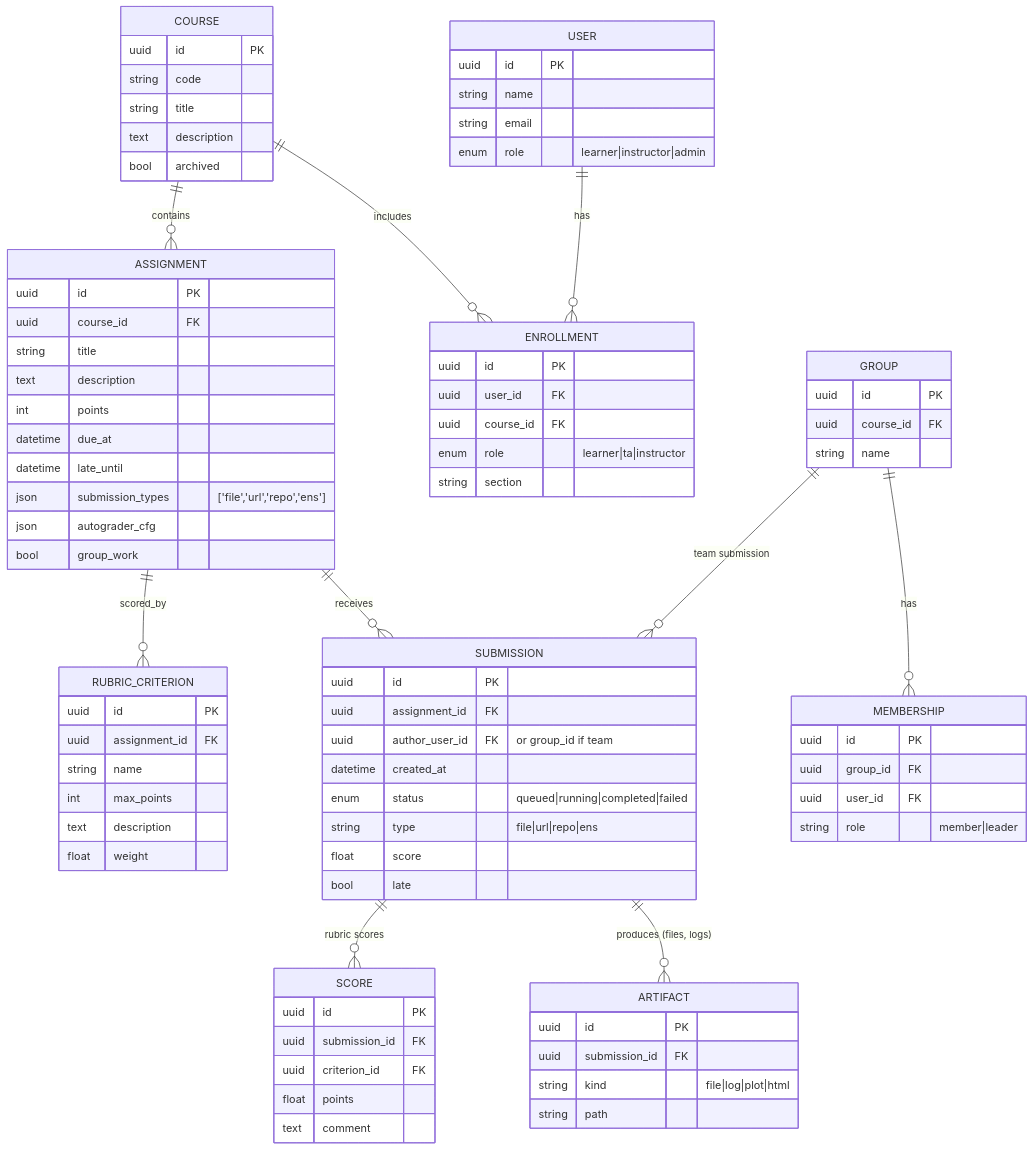
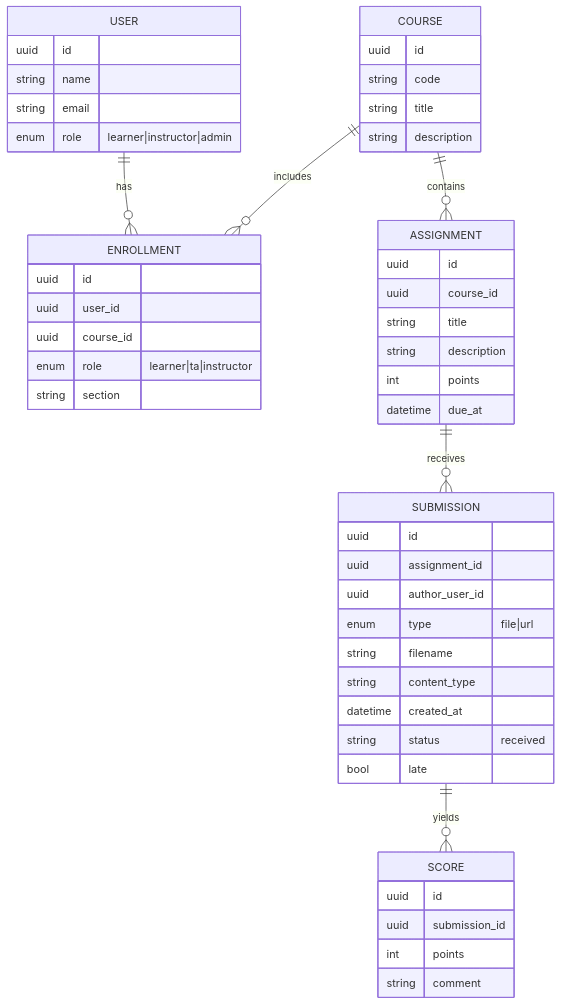
The diagram in apps/docs/public/data-model.md (bzlatin/f25-cisc474-individual), drawn with Mermaid before and after one commit. The commit also changed other lines of this file and 4 other files, not shown here.

````diff
--- a/apps/docs/public/data-model.md
+++ b/apps/docs/public/data-model.md
@@ -3,96 +3,58 @@
 ```mermaid
 erDiagram
-    USER ||--o{ ENROLLMENT : has
-    COURSE ||--o{ ENROLLMENT : includes
-    COURSE ||--o{ ASSIGNMENT : contains
-    ASSIGNMENT ||--o{ SUBMISSION : receives
-    SUBMISSION ||--o{ ARTIFACT : "produces (files, logs)"
-    ASSIGNMENT ||--o{ RUBRIC_CRITERION : scored_by
-    SUBMISSION ||--o{ SCORE : "rubric scores"
-    GROUP ||--o{ MEMBERSHIP : has
-    GROUP ||--o{ SUBMISSION : "team submission"
+  USER ||--o{ ENROLLMENT : has
+  COURSE ||--o{ ENROLLMENT : includes
+  COURSE ||--o{ ASSIGNMENT : contains
+  ASSIGNMENT ||--o{ SUBMISSION : receives
+  SUBMISSION ||--o{ SCORE : yields
 
-    USER {
-      uuid id PK
-      string name
-      string email
-      enum role  "learner|instructor|admin"
-    }
+  USER {
+    uuid id
+    string name
+    string email
+    enum role "learner|instructor|admin"
+  }
 
-    COURSE {
-      uuid id PK
-      string code
-      string title
-      text description
-      bool archived
-    }
+  COURSE {
+    uuid id
+    string code
+    string title
+    string description
+  }
 
-    ENROLLMENT {
-      uuid id PK
-      uuid user_id FK
-      uuid course_id FK
-      enum role "learner|ta|instructor"
-      string section
-    }
+  ENROLLMENT {
+    uuid id
+    uuid user_id
+    uuid course_id
+    enum role "learner|ta|instructor"
+    string section
+  }
 
-    ASSIGNMENT {
-      uuid id PK
-      uuid course_id FK
-      string title
-      text description
-      int points
-      datetime due_at
-      datetime late_until
-      json submission_types "['file','url','repo','ens']"
-      json autograder_cfg
-      bool group_work
-    }
+  ASSIGNMENT {
+    uuid id
+    uuid course_id
+    string title
+    string description
+    int points
+    datetime due_at
+  }
 
-    SUBMISSION {
-      uuid id PK
-      uuid assignment_id FK
-      uuid author_user_id FK  "or group_id if team"
-      datetime created_at
-      enum status "queued|running|completed|failed"
-      string type "file|url|repo|ens"
-      float score
-      bool late
-    }
+  SUBMISSION {
+    uuid id
+    uuid assignment_id
+    uuid author_user_id
+    enum type "file|url"
+    string filename
+    string content_type
+    datetime created_at
+    string status "received"
+    bool late
+  }
 
-    ARTIFACT {
-      uuid id PK
-      uuid submission_id FK
-      string kind "file|log|plot|html"
-      string path
-    }
-
-    RUBRIC_CRITERION {
-      uuid id PK
-      uuid assignment_id FK
-      string name
-      int max_points
-      text description
-      float weight
-    }
-
-    SCORE {
-      uuid id PK
-      uuid submission_id FK
-      uuid criterion_id FK
-      float points
-      text comment
-    }
-
-    GROUP {
-      uuid id PK
-      uuid course_id FK
-      string name
-    }
-
-    MEMBERSHIP {
-      uuid id PK
-      uuid group_id FK
-      uuid user_id FK
-      string role "member|leader"
-    }
+  SCORE {
+    uuid id
+    uuid submission_id
+    int points
+    string comment
+  }
 ```
````
